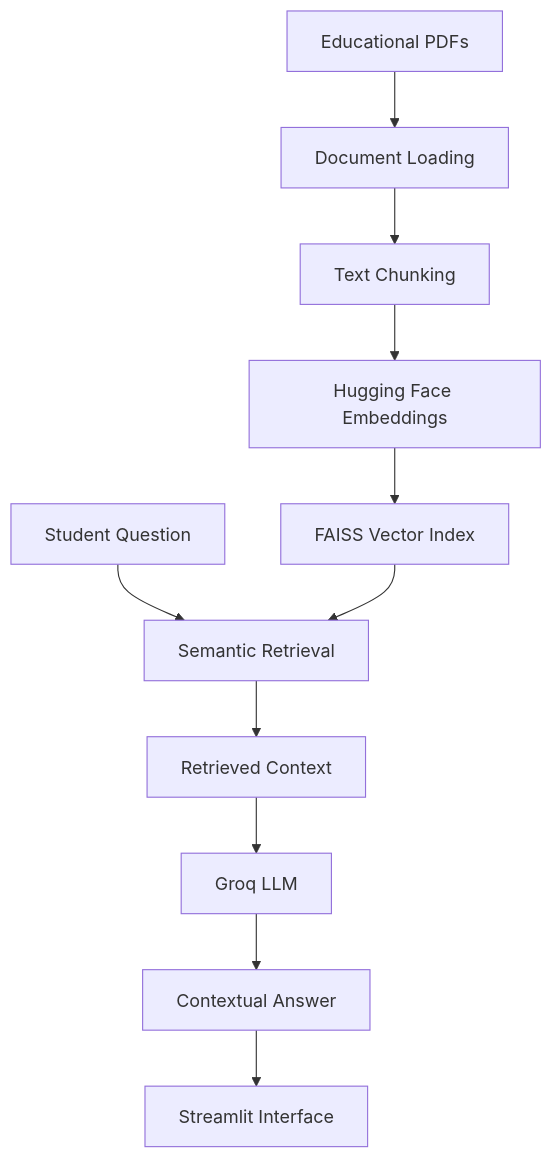
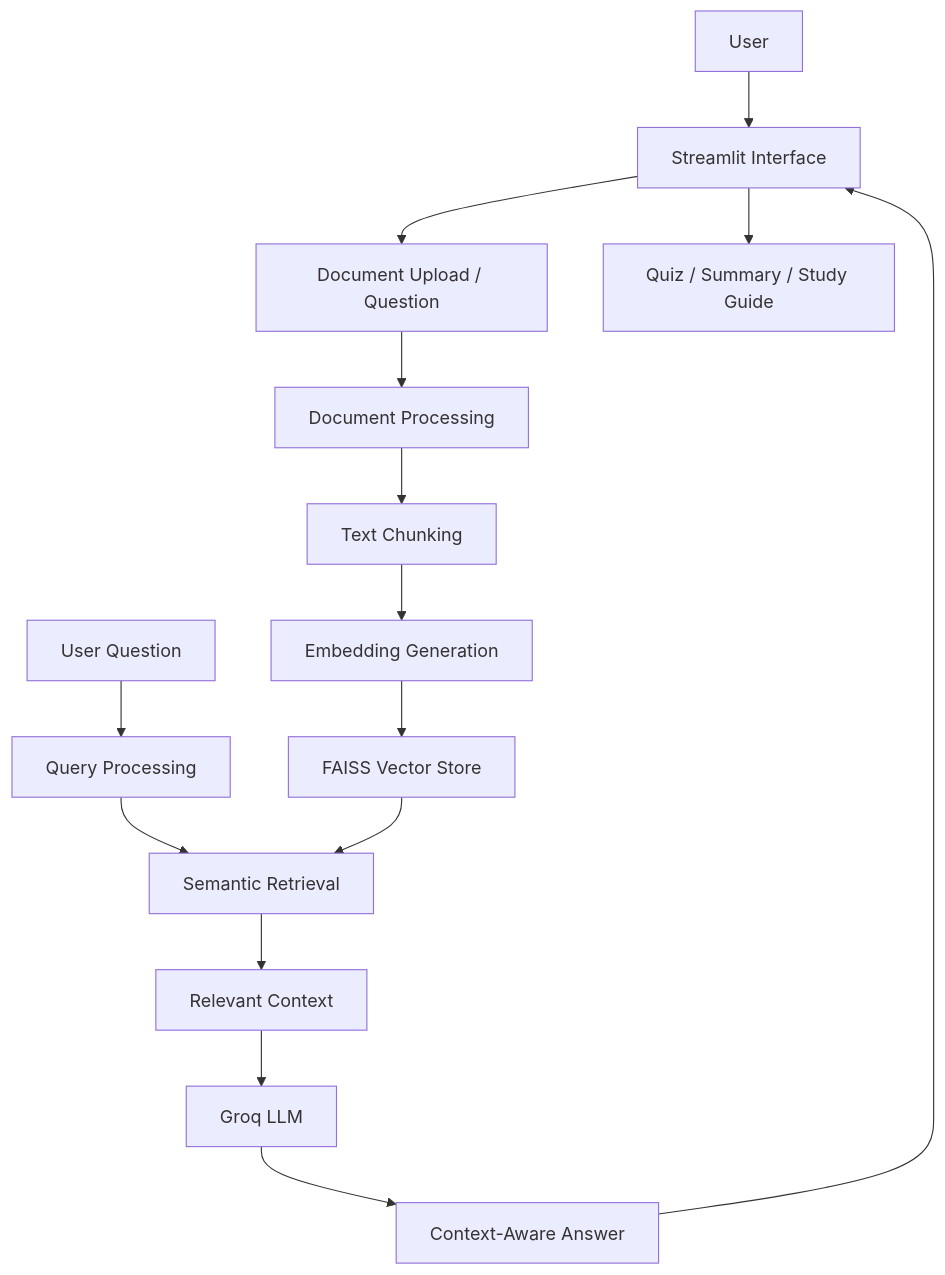
One commit to S2023-maker/EduSmart-Agentic-RAG changed the diagram in README.md. Above: the diagram before and after it, drawn with Mermaid. The commit also changed other lines of this file, not shown here.

````diff
--- a/README.md
+++ b/README.md
@@ -78,13 +56,17 @@
 ```mermaid
 flowchart TD
-    A[Educational PDFs] --> B[Document Loading]
-    B --> C[Text Chunking]
-    C --> D[Hugging Face Embeddings]
-    D --> E[FAISS Vector Index]
-    F[Student Question] --> G[Semantic Retrieval]
-    E --> G
-    G --> H[Retrieved Context]
-    H --> I[Groq LLM]
-    I --> J[Contextual Answer]
-    J --> K[Streamlit Interface]
+    A[User] --> B[Streamlit Interface]
+    B --> C[Document Upload / Question]
+    C --> D[Document Processing]
+    D --> E[Text Chunking]
+    E --> F[Embedding Generation]
+    F --> G[FAISS Vector Store]
+    H[User Question] --> I[Query Processing]
+    I --> J[Semantic Retrieval]
+    G --> J
+    J --> K[Relevant Context]
+    K --> L[Groq LLM]
+    L --> M[Context-Aware Answer]
+    M --> B
+    B --> N[Quiz / Summary / Study Guide]
 ```
````
